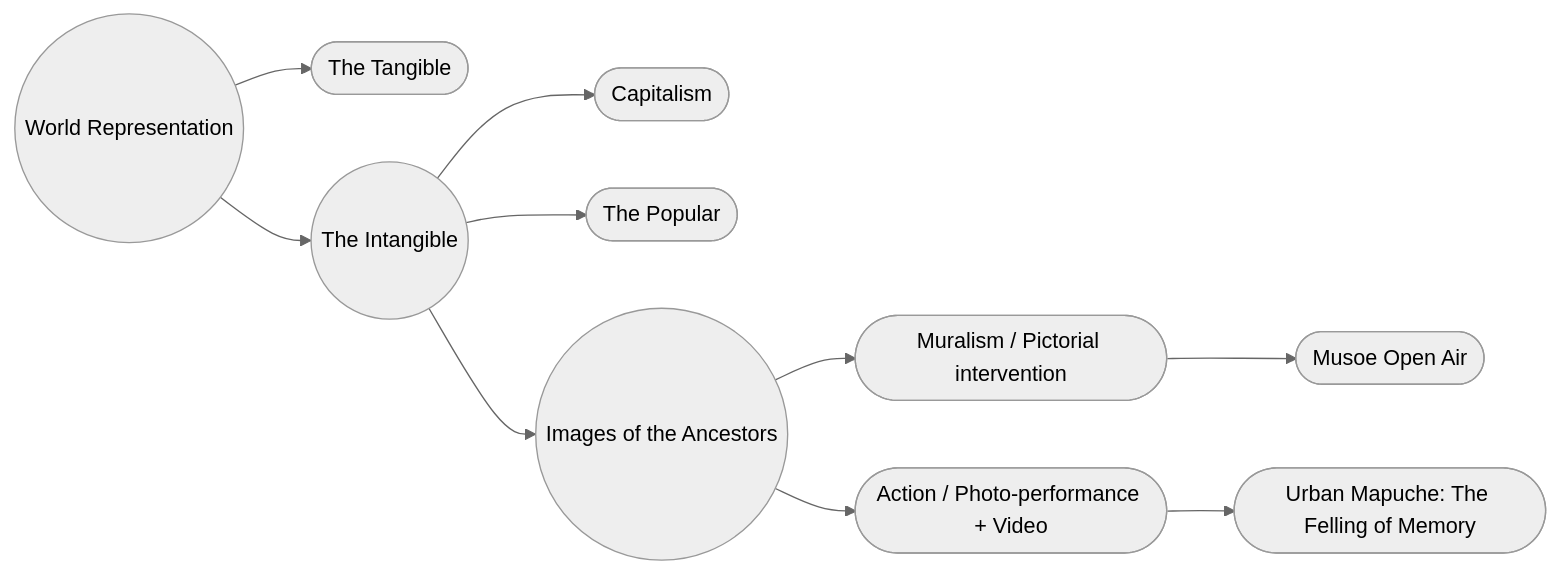
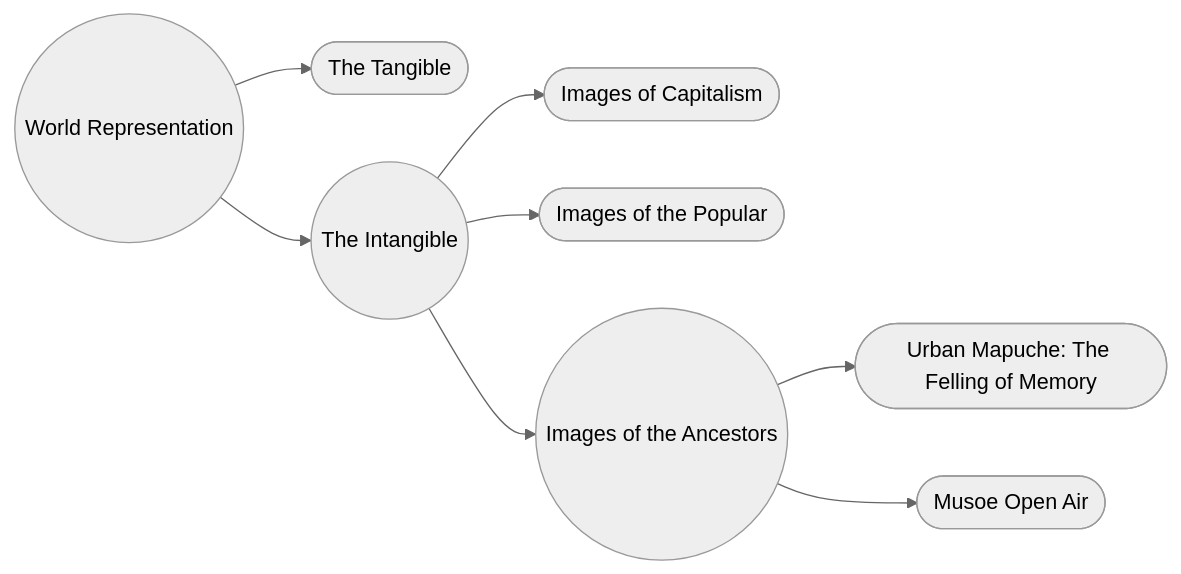
One commit to EGGS-Artesvisuales/EGGS-Artesvisuales.github.io changed the diagram in EN/images-of-the-ancestors.md. Above: the diagram before and after it, drawn with Mermaid (neutral theme). The commit also changed other lines of this file and 77 other files, not shown here.

```diff
--- a/EN/images-of-the-ancestors.md
+++ b/EN/images-of-the-ancestors.md
@@ -17,29 +15,18 @@
 <div class="mermaid">
-graph LR
+flowchart LR
   A((World Representation)) --> T([The Tangible])
   A --> I((The Intangible))
-
-  I --> C([Capitalism])
-  I --> P([The Popular])
+  I --> C([Images of Capitalism])
+  I --> P([Images of the Popular])
   I --> AN((Images of the Ancestors))
-
-  AN --> AN_M([Muralism / Pictorial intervention])
-  AN --> AN_A([Action / Photo-performance + Video])
-
-  AN_M --> MCA([Musoe Open Air])
-  AN_A --> MU([Urban Mapuche: The Felling of Memory])
-
+  AN --> TA([Urban Mapuche: The Felling of Memory])
+  AN --> MU([Musoe Open Air])
   click A "/EN/world-representation.html" "Go to World Representation"
   click T "/EN/tangible.html" "Go to The Tangible"
   click I "/EN/intangible.html" "Go to The Intangible"
-
-  click C "/EN/images-of-capitalism.html" "Go to Capitalism"
-  click P "/EN/images-of-the-popular.html" "Go to The Popular"
-  click AN "/EN/images-of-the-ancestors.html" "Go to Images of the Ancestors"
-
-  click AN_M "/EN/open-air-museum.html" "Go to Muralism / Pictorial intervention"
-  click AN_A "/EN/urban-mapuche.html" "Go to Action / Photo-performance + Video"
-
-  click MCA "/EN/open-air-museum.html" "Go to Musoe Open Air"
-  click MU "/EN/urban-mapuche.html" "Go to Urban Mapuche"
+  click C "/EN/images-of-capitalism.html" "Go to Images of Capitalism"
+  click P "/EN/images-of-the-popular.html" "Go to Images of the Popular"
+  click AN "/EN/images-of-the-ancestors.html" "You are here"
+  click TA "/EN/urban-mapuche.html" "Go to The Felling of Memory"
+  click MU "/EN/musoe-open-air.html" "Go to Musoe Open Air"
 </div>
```
